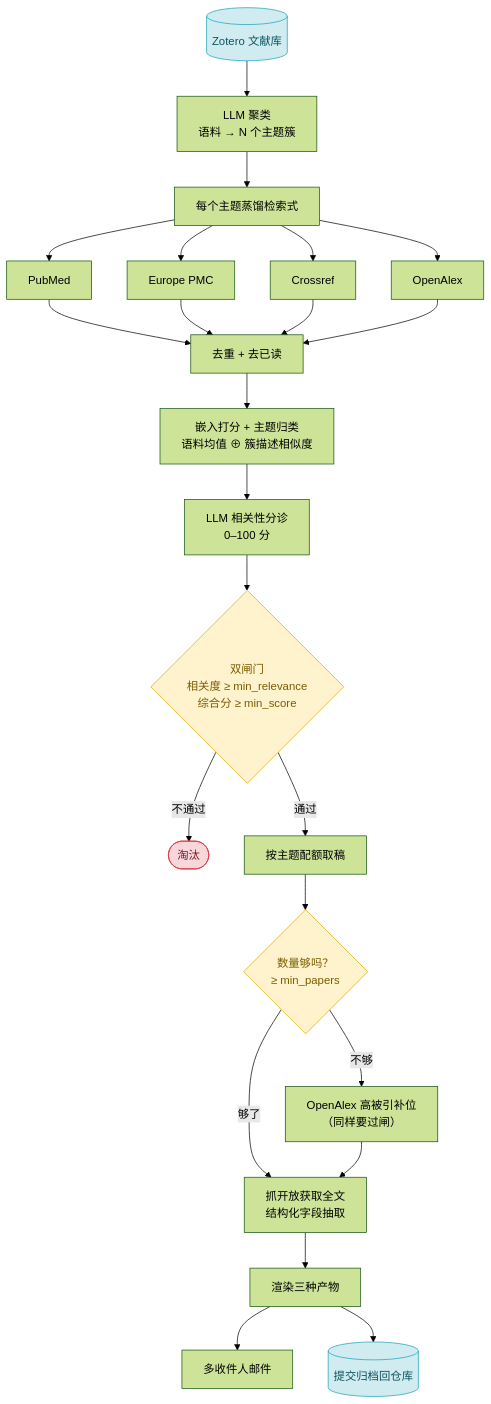
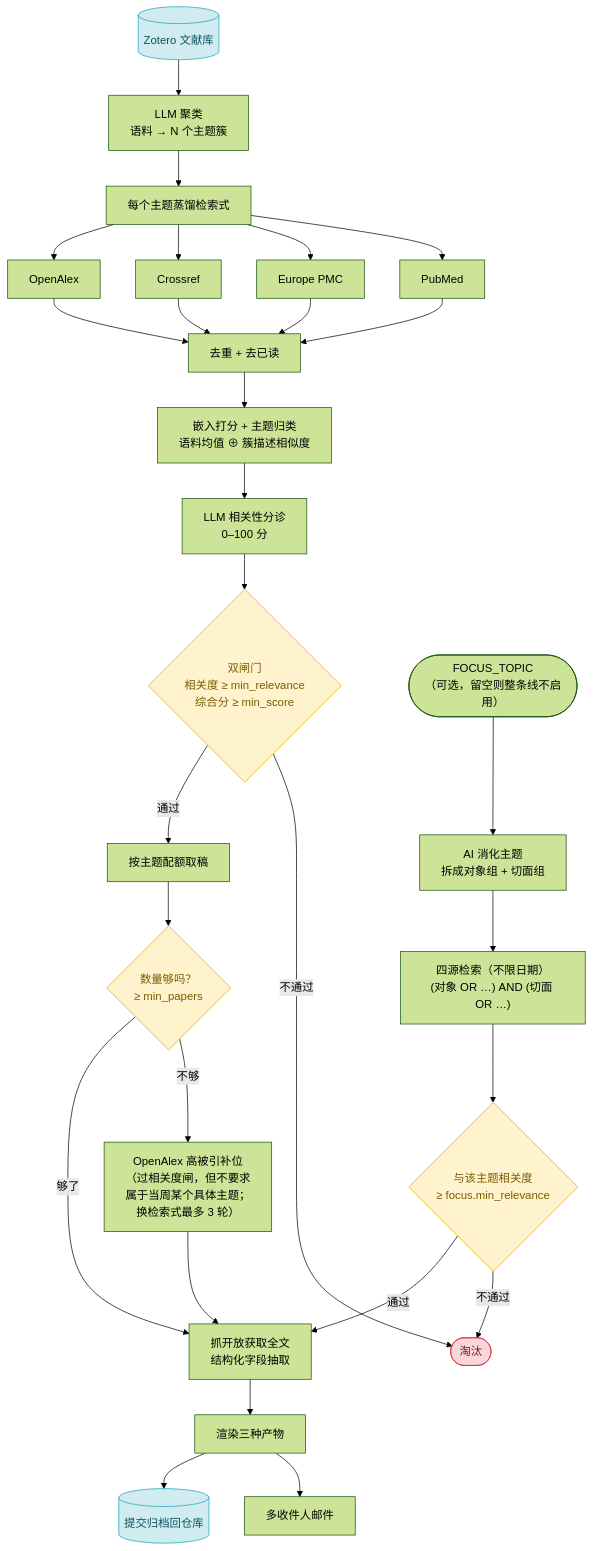
The second of 2 diagrams in README.md (Bryce505/zotero-arxiv-daily), drawn with Mermaid (forest theme) before and after one commit. The commit also changed other lines of this file and 1 other file, not shown here.

````diff
--- a/README.md
+++ b/README.md
@@ -198,38 +200,44 @@
 ```mermaid
 flowchart TD
     Z[("Zotero 文献库")] --> CL["LLM 聚类<br/>语料 → N 个主题簇"]
     CL --> QP["每个主题蒸馏检索式"]
 
     QP --> Q1["PubMed"]
     QP --> Q2["Europe PMC"]
     QP --> Q3["Crossref"]
     QP --> Q4["OpenAlex"]
 
     Q1 --> DD["去重 + 去已读"]
     Q2 --> DD
     Q3 --> DD
     Q4 --> DD
 
     DD --> SC["嵌入打分 + 主题归类<br/>语料均值 ⊕ 簇描述相似度"]
     SC --> TR["LLM 相关性分诊<br/>0–100 分"]
     TR --> GATE{"双闸门<br/>相关度 ≥ min_relevance<br/>综合分 ≥ min_score"}
 
     GATE -->|不通过| DROP(["淘汰"])
     GATE -->|通过| QT["按主题配额取稿"]
 
     QT --> CHECK{"数量够吗？<br/>≥ min_papers"}
-    CHECK -->|不够| BF["OpenAlex 高被引补位<br/>（同样要过闸）"]
+    CHECK -->|不够| BF["OpenAlex 高被引补位<br/>（过相关度闸，但不要求<br/>属于当周某个具体主题；<br/>换检索式最多 3 轮）"]
     CHECK -->|够了| FT
     BF --> FT["抓开放获取全文<br/>结构化字段抽取"]
+
+    FO(["FOCUS_TOPIC<br/>（可选，留空则整条线不启用）"]) --> FQ["AI 消化主题<br/>拆成对象组 + 切面组"]
+    FQ --> FS["四源检索（不限日期）<br/>(对象 OR …) AND (切面 OR …)"]
+    FS --> FG{"与该主题相关度<br/>≥ focus.min_relevance"}
+    FG -->|不通过| DROP
+    FG -->|通过| FT
 
     FT --> RD["渲染三种产物"]
     RD --> MAIL["多收件人邮件"]
     RD --> ARC[("提交归档回仓库")]
 
     classDef gate fill:#fff3cd,stroke:#e0a800,color:#7a5c00;
     classDef drop fill:#f8d7da,stroke:#dc3545,color:#721c24;
     classDef store fill:#d1ecf1,stroke:#17a2b8,color:#0c5460;
-    class GATE,CHECK gate;
+    class GATE,CHECK,FG gate;
     class DROP drop;
     class Z,ARC store;
 ```
````
